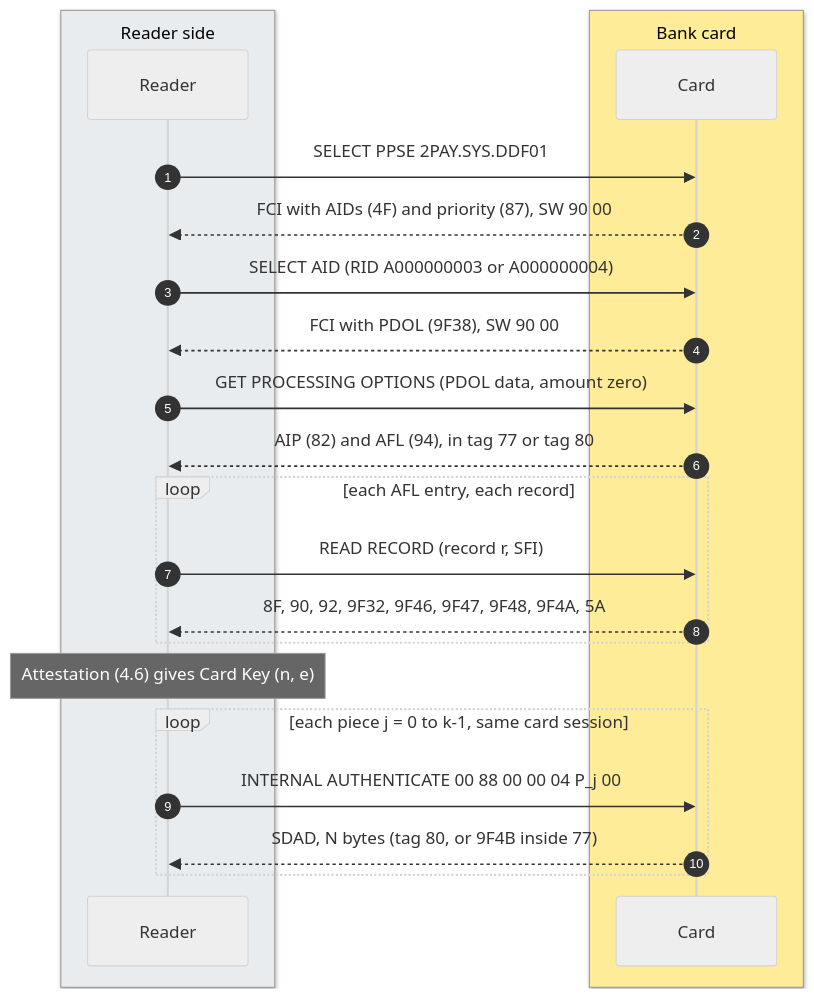
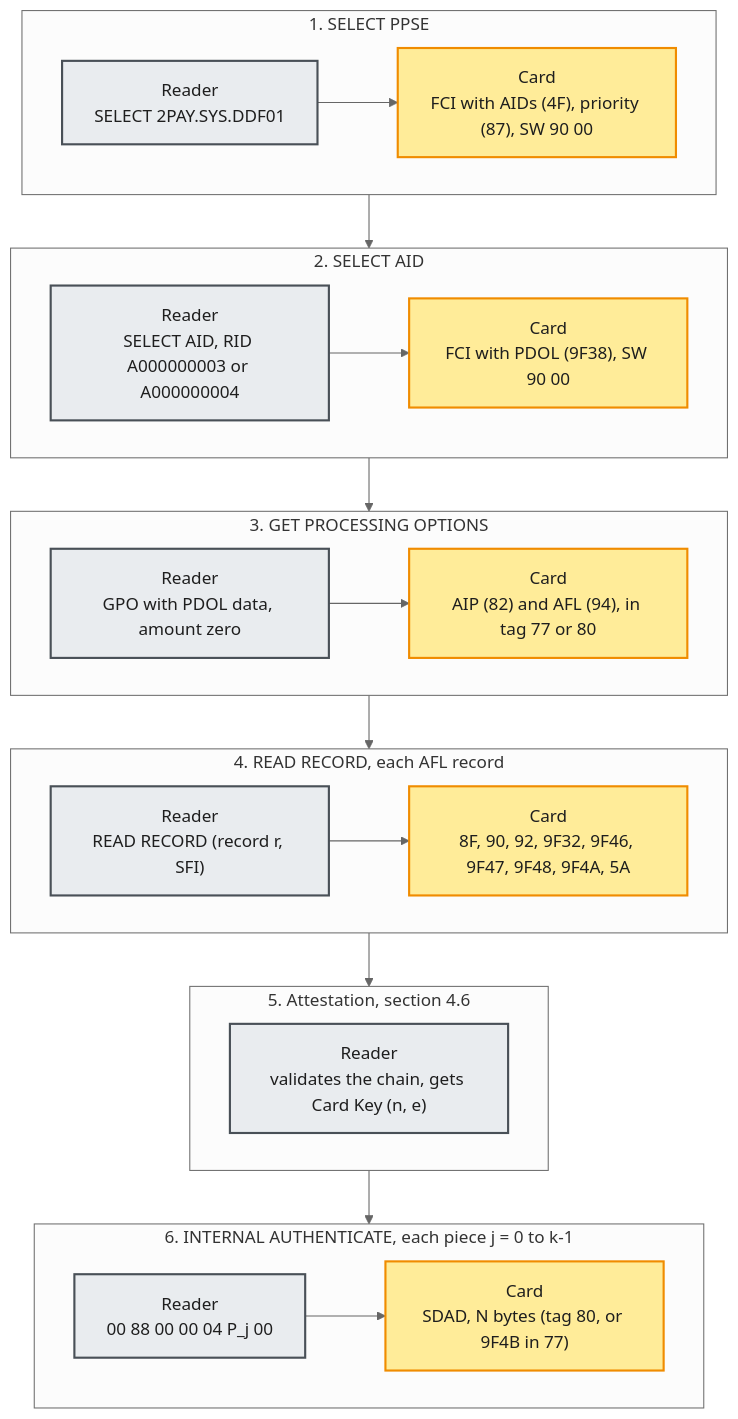
The second of 11 diagrams in docs/PROTOCOL.md (team-somehow/tap2eth), drawn with Mermaid (neutral theme) before and after one commit. The commit also changed other lines of this file and 1 other file, not shown here.

First line of the commit message:
docs: block diagrams for the reader-card exchange, signup and payment

````diff
--- a/docs/PROTOCOL.md
+++ b/docs/PROTOCOL.md
@@ -166,25 +166,34 @@
 ```mermaid
-sequenceDiagram
-    autonumber
-    box rgb(233,236,239) Reader side
-    participant R as Reader
+flowchart TB
+    subgraph S1["1. SELECT PPSE"]
+        direction LR
+        R1["Reader<br/>SELECT 2PAY.SYS.DDF01"]:::reader --> C1["Card<br/>FCI with AIDs (4F), priority (87), SW 90 00"]:::card
     end
-    box rgb(255,236,153) Bank card
-    participant C as Card
+    subgraph S2["2. SELECT AID"]
+        direction LR
+        R2["Reader<br/>SELECT AID, RID A000000003 or A000000004"]:::reader --> C2["Card<br/>FCI with PDOL (9F38), SW 90 00"]:::card
     end
-    R->>C: SELECT PPSE 2PAY.SYS.DDF01
-    C-->>R: FCI with AIDs (4F) and priority (87), SW 90 00
-    R->>C: SELECT AID (RID A000000003 or A000000004)
-    C-->>R: FCI with PDOL (9F38), SW 90 00
-    R->>C: GET PROCESSING OPTIONS (PDOL data, amount zero)
-    C-->>R: AIP (82) and AFL (94), in tag 77 or tag 80
-    loop each AFL entry, each record
-        R->>C: READ RECORD (record r, SFI)
-        C-->>R: 8F, 90, 92, 9F32, 9F46, 9F47, 9F48, 9F4A, 5A
+    subgraph S3["3. GET PROCESSING OPTIONS"]
+        direction LR
+        R3["Reader<br/>GPO with PDOL data, amount zero"]:::reader --> C3["Card<br/>AIP (82) and AFL (94), in tag 77 or 80"]:::card
     end
-    Note over R: Attestation (4.6) gives Card Key (n, e)
-    loop each piece j = 0 to k-1, same card session
-        R->>C: INTERNAL AUTHENTICATE 00 88 00 00 04 P_j 00
-        C-->>R: SDAD, N bytes (tag 80, or 9F4B inside 77)
+    subgraph S4["4. READ RECORD, each AFL record"]
+        direction LR
+        R4["Reader<br/>READ RECORD (record r, SFI)"]:::reader --> C4["Card<br/>8F, 90, 92, 9F32, 9F46, 9F47, 9F48, 9F4A, 5A"]:::card
     end
+    subgraph S5["5. Attestation, section 4.6"]
+        direction LR
+        R5["Reader<br/>validates the chain, gets Card Key (n, e)"]:::reader
+    end
+    subgraph S6["6. INTERNAL AUTHENTICATE, each piece j = 0 to k-1"]
+        direction LR
+        R6["Reader<br/>00 88 00 00 04 P_j 00"]:::reader --> C6["Card<br/>SDAD, N bytes (tag 80, or 9F4B in 77)"]:::card
+    end
+    S1 --> S2 --> S3 --> S4 --> S5 --> S6
+
+    classDef card fill:#ffec99,stroke:#f08c00,stroke-width:2px,color:#1e1e1e
+    classDef reader fill:#e9ecef,stroke:#495057,stroke-width:2px,color:#1e1e1e
+    classDef phone fill:#a5d8ff,stroke:#1971c2,stroke-width:2px,color:#1e1e1e
+    classDef chain fill:#d0bfff,stroke:#6741d9,stroke-width:2px,color:#1e1e1e
+    classDef relayer fill:#ffc9c9,stroke:#e03131,stroke-width:2px,color:#1e1e1e
 ```
````
